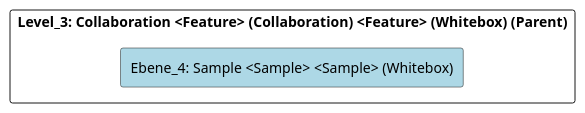
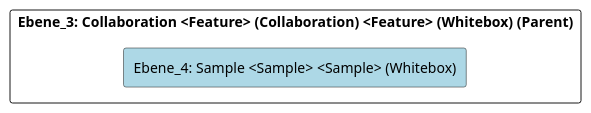
The diagram in doc/cleonproject_deliverables_architecture_model_architecture/adoc/de/05_bausteinsicht/cleon/publishing/collaboration/sample/ebene_4_sample.adoc (marcozwyssig/cleon), drawn with PlantUML before and after one commit. The commit also changed other lines of this file and 620 other files, not shown here.

```diff
--- a/doc/cleonproject_deliverables_architecture_model_architecture/adoc/de/05_bausteinsicht/cleon/publishing/collaboration/sample/ebene_4_sample.adoc
+++ b/doc/cleonproject_deliverables_architecture_model_architecture/adoc/de/05_bausteinsicht/cleon/publishing/collaboration/sample/ebene_4_sample.adoc
@@ -24,24 +24,24 @@
 [plantuml, Ebene_4: Sample <Sample> <Sample> (Whitebox)BlockOverview, format="svg"]
 ----
 @startuml Ebene_4: Sample <Sample> <Sample> (Whitebox)BuildingBlockOverview
 
 skinparam ranksep 10
 skinparam componentStyle rectangle
 skinparam shadowing false
 skinparam arrowColor lightblue
 skinparam arrowThickness 1.2
 skinparam rectangle {
   BackgroundColor White
   BorderColor #333
   RoundCorner 10
 }
 top to bottom direction
 
-component "Level_3: Collaboration <Feature> (Collaboration) <Feature> (Whitebox) (Parent)" {
+component "Ebene_3: Collaboration <Feature> (Collaboration) <Feature> (Whitebox) (Parent)" {
     component "Ebene_4: Sample <Sample> <Sample> (Whitebox)" #lightblue {
     }
 
 }
 
 @enduml
 ----
```
